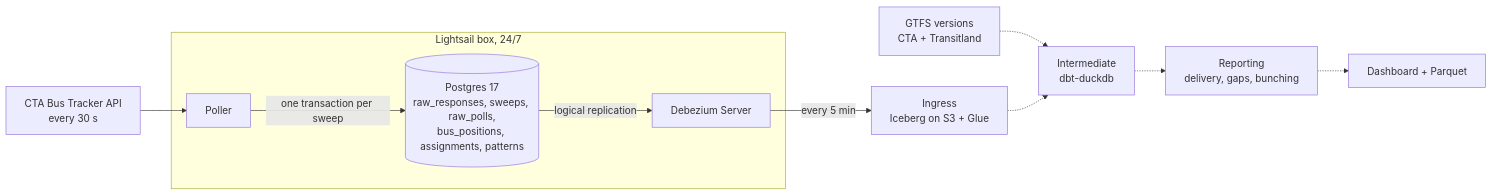
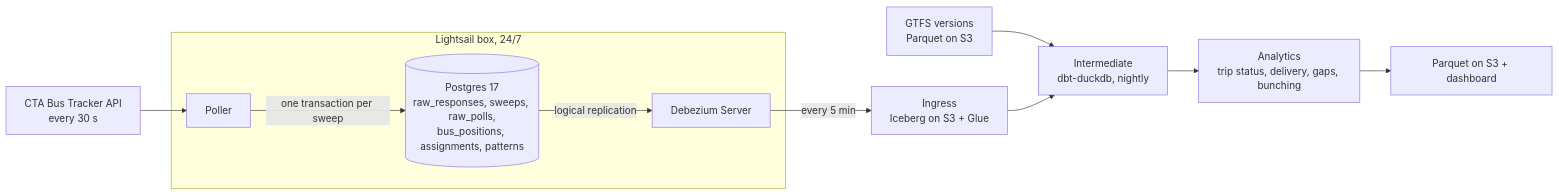
Before and after one commit to sohammandal/chitransit: the diagram in README.md, drawn with Mermaid. The commit also changed other lines of this file, not shown here.

Commit message:
README: the pipeline end to end, and how dbt runs in dev, CI and prod

````diff
--- a/README.md
+++ b/README.md
@@ -39,13 +39,13 @@
 ```mermaid
 flowchart LR
     BT[CTA Bus Tracker API<br/>every 30 s] --> P
     subgraph BOX[Lightsail box, 24/7]
         P[Poller] -->|one transaction per sweep| PG[(Postgres 17<br/>raw_responses, sweeps, raw_polls,<br/>bus_positions, assignments, patterns)]
         PG -->|logical replication| CDC[Debezium Server]
     end
     CDC -->|every 5 min| ING[Ingress<br/>Iceberg on S3 + Glue]
-    GTFS[GTFS versions<br/>CTA + Transitland] -.-> INT
-    ING -.-> INT[Intermediate<br/>dbt-duckdb]
-    INT -.-> REP[Reporting<br/>delivery, gaps, bunching]
-    REP -.-> OUT[Dashboard + Parquet]
+    GTFS[GTFS versions<br/>Parquet on S3] --> INT
+    ING --> INT[Intermediate<br/>dbt-duckdb, nightly]
+    INT --> AN[Analytics<br/>trip status, delivery, gaps, bunching]
+    AN --> OUT[Parquet on S3 + dashboard]
 ```
````
